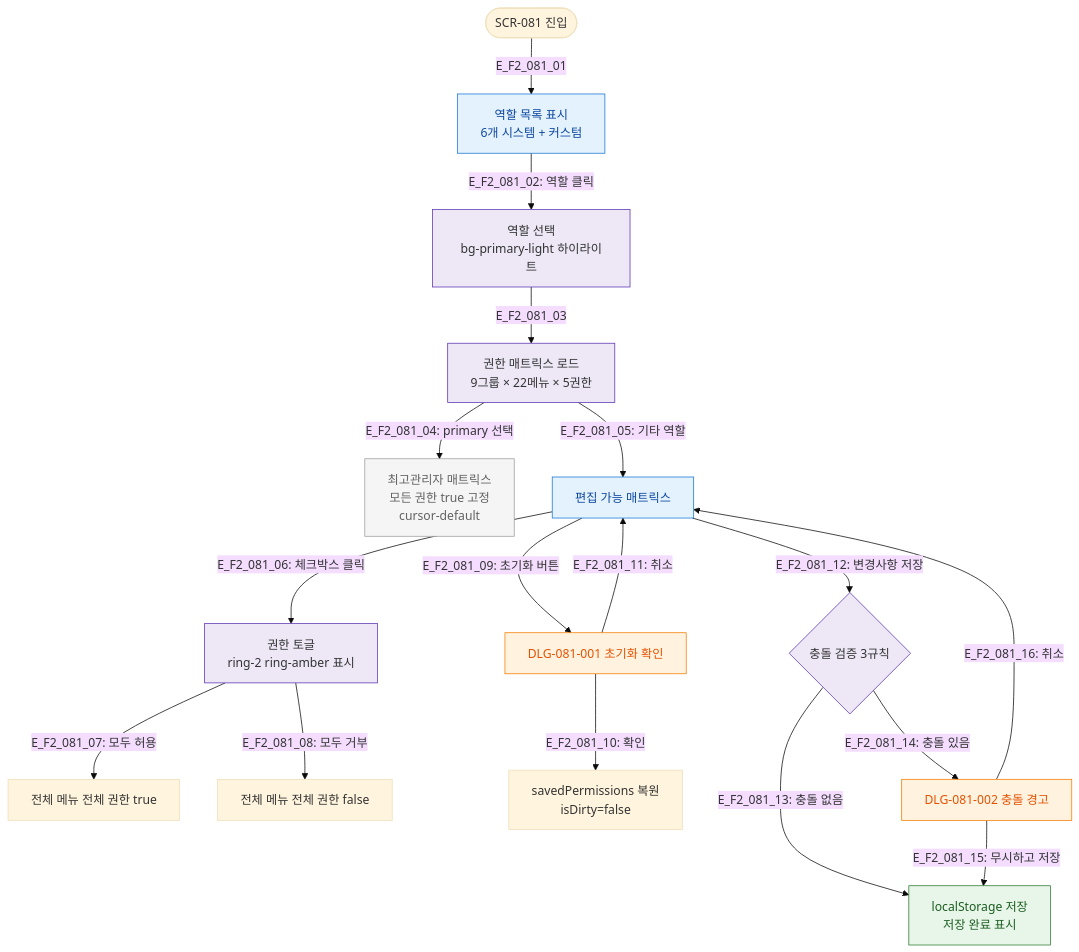
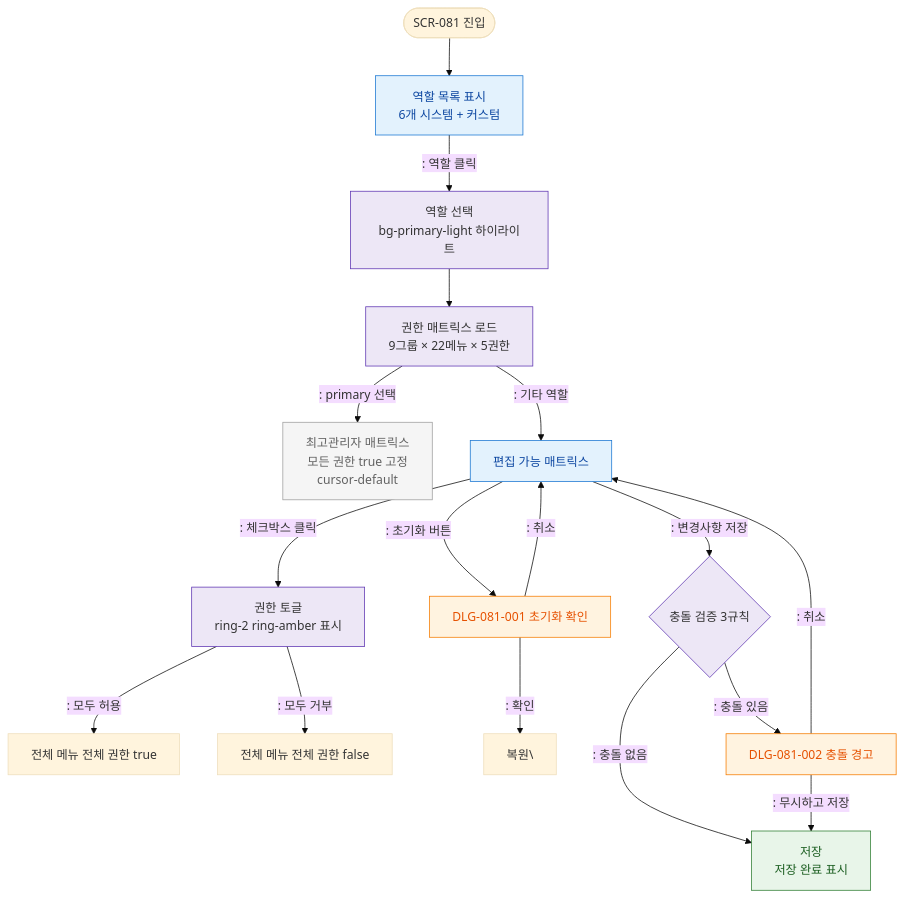
The diagram in docs/다이어그램/D09_설정관리/SCR-081_권한설정/F2_메인인터랙션.md (dev-spogym/admin-pando), drawn with Mermaid (base theme) before and after one commit. The commit also changed other lines of this file and 1660 other files, not shown here.

First line of the commit message:
다이어그램: 기획자/클라이언트 납품본으로 정리

````diff
--- a/docs/다이어그램/D09_설정관리/SCR-081_권한설정/F2_메인인터랙션.md
+++ b/docs/다이어그램/D09_설정관리/SCR-081_권한설정/F2_메인인터랙션.md
@@ -17,34 +15,34 @@
 ```mermaid
 flowchart TD
-    Entry([SCR-081 진입]) -->|E_F2_081_01| RoleList[역할 목록 표시\n6개 시스템 + 커스텀]
-    RoleList -->|"E_F2_081_02: 역할 클릭"| SelectRole[역할 선택\nbg-primary-light 하이라이트]
-    SelectRole -->|E_F2_081_03| LoadMatrix[권한 매트릭스 로드\n9그룹 × 22메뉴 × 5권한]
+    Entry([SCR-081 진입]) --> RoleList[역할 목록 표시\n6개 시스템 + 커스텀]
+    RoleList -->|": 역할 클릭"|SelectRole[역할 선택\nbg-primary-light 하이라이트]
+    SelectRole --> LoadMatrix[권한 매트릭스 로드\n9그룹 × 22메뉴 × 5권한]
 
-    LoadMatrix -->|"E_F2_081_04: primary 선택"| PrimaryMatrix[최고관리자 매트릭스\n모든 권한 true 고정\ncursor-default]
-    LoadMatrix -->|"E_F2_081_05: 기타 역할"| EditMatrix[편집 가능 매트릭스]
+    LoadMatrix -->|": primary 선택"|PrimaryMatrix[최고관리자 매트릭스\n모든 권한 true 고정\ncursor-default]
+    LoadMatrix -->|": 기타 역할"|EditMatrix[편집 가능 매트릭스]
 
-    EditMatrix -->|"E_F2_081_06: 체크박스 클릭"| TogglePerm[권한 토글\nring-2 ring-amber 표시]
-    TogglePerm -->|"E_F2_081_07: 모두 허용"| AllAllow[전체 메뉴 전체 권한 true]
-    TogglePerm -->|"E_F2_081_08: 모두 거부"| AllDeny[전체 메뉴 전체 권한 false]
+    EditMatrix -->|": 체크박스 클릭"|TogglePerm[권한 토글\nring-2 ring-amber 표시]
+    TogglePerm -->|": 모두 허용"|AllAllow[전체 메뉴 전체 권한 true]
+    TogglePerm -->|": 모두 거부"|AllDeny[전체 메뉴 전체 권한 false]
 
-    EditMatrix -->|"E_F2_081_09: 초기화 버튼"| DLG_001[DLG-081-001 초기화 확인]
-    DLG_001 -->|"E_F2_081_10: 확인"| ResetPerm[savedPermissions 복원\nisDirty=false]
-    DLG_001 -->|"E_F2_081_11: 취소"| EditMatrix
+    EditMatrix -->|": 초기화 버튼"|DLG_001[DLG-081-001 초기화 확인]
+    DLG_001 -->|": 확인"|ResetPerm[복원\]
+    DLG_001 -->|": 취소"|EditMatrix
 
-    EditMatrix -->|"E_F2_081_12: 변경사항 저장"| ConflictCheck{충돌 검증 3규칙}
-    ConflictCheck -->|"E_F2_081_13: 충돌 없음"| SavePerm[localStorage 저장\n저장 완료 표시]
-    ConflictCheck -->|"E_F2_081_14: 충돌 있음"| DLG_002[DLG-081-002 충돌 경고]
-    DLG_002 -->|"E_F2_081_15: 무시하고 저장"| SavePerm
-    DLG_002 -->|"E_F2_081_16: 취소"| EditMatrix
+    EditMatrix -->|": 변경사항 저장"|ConflictCheck{충돌 검증 3규칙}
+    ConflictCheck -->|": 충돌 없음"|SavePerm[저장\n저장 완료 표시]
+    ConflictCheck -->|": 충돌 있음"|DLG_002[DLG-081-002 충돌 경고]
+    DLG_002 -->|": 무시하고 저장"|SavePerm
+    DLG_002 -->|": 취소"|EditMatrix
 
     classDef screen fill:#E3F2FD,stroke:#1976D2,color:#0D47A1
     classDef modal fill:#FFF3E0,stroke:#F57C00,color:#E65100
     classDef system fill:#EDE7F6,stroke:#5E35B2
     classDef success fill:#E8F5E9,stroke:#2E7D32,color:#1B5E20
     classDef rbacBlocked fill:#F5F5F5,stroke:#9E9E9E,color:#616161
     class RoleList,EditMatrix screen
     class DLG_001,DLG_002 modal
     class LoadMatrix,SelectRole,ConflictCheck,TogglePerm system
     class SavePerm success
     class PrimaryMatrix rbacBlocked
 ```
````
